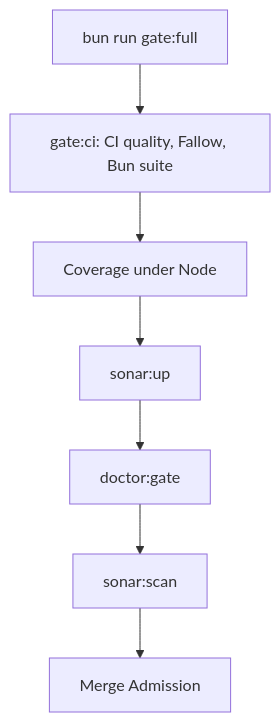
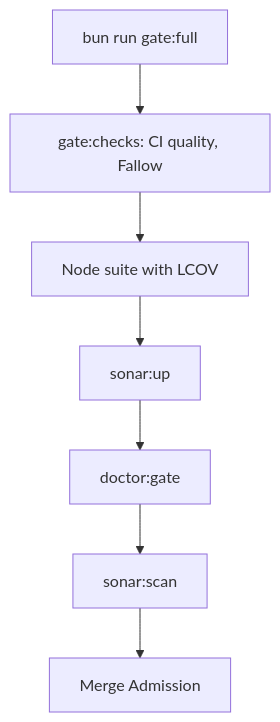
One commit to immagiov4/Nous changed the first of 2 diagrams in .cubic/wiki/09-section-tools/02-p-testing-quality.md. Above: the diagram before and after it, drawn with Mermaid. The commit also changed other lines of this file and 5 other files, not shown here.

Commit message:
fix: run each gate test suite once with coverage

````diff
--- a/.cubic/wiki/09-section-tools/02-p-testing-quality.md
+++ b/.cubic/wiki/09-section-tools/02-p-testing-quality.md
@@ -62,9 +62,9 @@
 ```mermaid
 flowchart TD
-    Start[bun run gate:full] --> CI[gate:ci: CI quality, Fallow, Bun suite]
-    CI --> Cov[Coverage under Node]
+    Start[bun run gate:full] --> Checks[gate:checks: CI quality, Fallow]
+    Checks --> Cov[Node suite with LCOV]
     Cov --> Up[sonar:up]
     Up --> Preflight[doctor:gate]
     Preflight --> Sonar[sonar:scan]
     Sonar --> End[Merge Admission]
 ```
````
